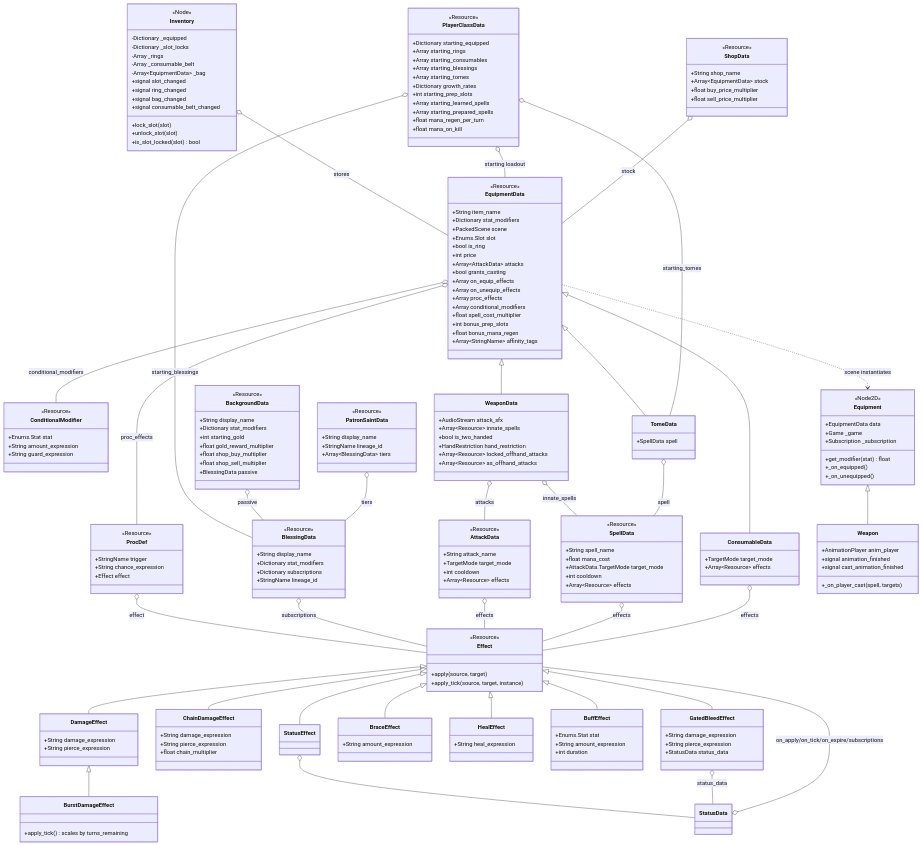
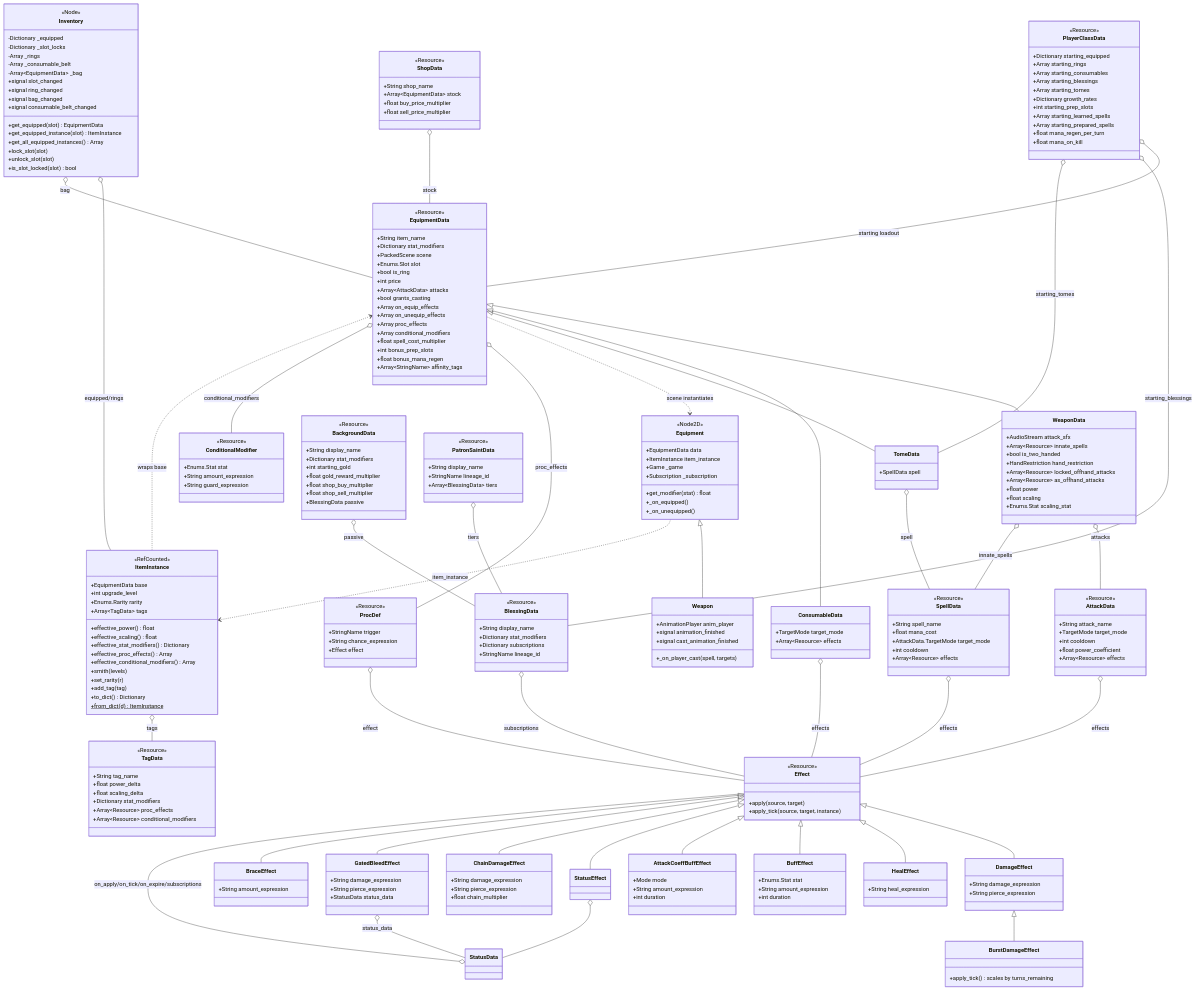
The fourth of 5 diagrams in journal/architecture.md (mjholder/crawler), drawn with Mermaid before and after one commit. The commit also changed other lines of this file and 7 other files, not shown here.

```diff
--- a/journal/architecture.md
+++ b/journal/architecture.md
@@ -339,6 +343,35 @@
         +HandRestriction hand_restriction
         +Array~Resource~ locked_offhand_attacks
         +Array~Resource~ as_offhand_attacks
+        +float power
+        +float scaling
+        +Enums.Stat scaling_stat
+    }
+    class ItemInstance {
+        <<RefCounted>>
+        +EquipmentData base
+        +int upgrade_level
+        +Enums.Rarity rarity
+        +Array~TagData~ tags
+        +effective_power() float
+        +effective_scaling() float
+        +effective_stat_modifiers() Dictionary
+        +effective_proc_effects() Array
+        +effective_conditional_modifiers() Array
+        +smith(levels)
+        +set_rarity(r)
+        +add_tag(tag)
+        +to_dict() Dictionary
+        +from_dict(d)$ ItemInstance
+    }
+    class TagData {
+        <<Resource>>
+        +String tag_name
+        +float power_delta
+        +float scaling_delta
+        +Dictionary stat_modifiers
+        +Array~Resource~ proc_effects
+        +Array~Resource~ conditional_modifiers
     }
     class TomeData {
         +SpellData spell
@@ -348,6 +381,7 @@
         +String attack_name
         +TargetMode target_mode
         +int cooldown
+        +float power_coefficient
         +Array~Resource~ effects
     }
     class SpellData {
@@ -388,6 +422,11 @@
     }
     class BuffEffect {
         +Enums.Stat stat
+        +String amount_expression
+        +int duration
+    }
+    class AttackCoeffBuffEffect {
+        +Mode mode
         +String amount_expression
         +int duration
     }
@@ -442,6 +481,7 @@
     class Equipment {
         <<Node2D>>
         +EquipmentData data
+        +ItemInstance item_instance
         +Game _game
         +Subscription _subscription
         +get_modifier(stat) float
@@ -465,6 +505,9 @@
         +signal ring_changed
         +signal bag_changed
         +signal consumable_belt_changed
+        +get_equipped(slot) EquipmentData
+        +get_equipped_instance(slot) ItemInstance
+        +get_all_equipped_instances() Array
         +lock_slot(slot)
         +unlock_slot(slot)
         +is_slot_locked(slot) bool
@@ -478,7 +521,11 @@
     EquipmentData o-- ProcDef : proc_effects
     EquipmentData o-- ConditionalModifier : conditional_modifiers
     ProcDef o-- Effect : effect
-    Inventory o-- EquipmentData : stores
+    ItemInstance ..> EquipmentData : wraps base
+    ItemInstance o-- TagData : tags
+    Inventory o-- ItemInstance : equipped/rings
+    Inventory o-- EquipmentData : bag
+    Equipment ..> ItemInstance : item_instance
     PlayerClassData o-- EquipmentData : starting loadout
     PlayerClassData o-- BlessingData : starting_blessings
     PlayerClassData o-- TomeData : starting_tomes
@@ -495,6 +542,7 @@
     Effect <|-- DamageEffect
     Effect <|-- HealEffect
     Effect <|-- BuffEffect
+    Effect <|-- AttackCoeffBuffEffect
     Effect <|-- StatusEffect
     Effect <|-- ChainDamageEffect
     Effect <|-- GatedBleedEffect
```
